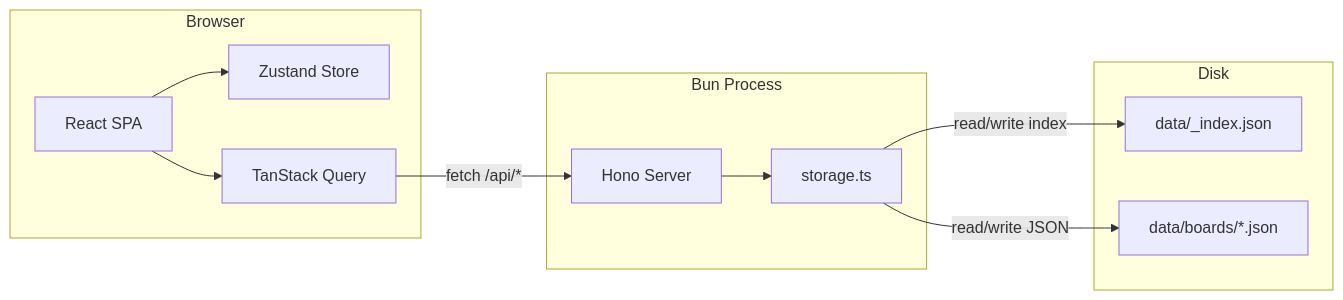
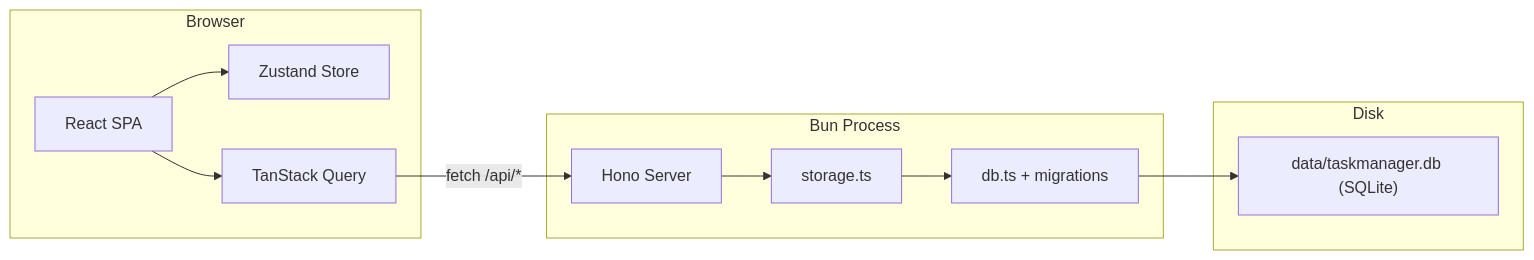
One commit to hiro-league/hirotaskmanager changed the diagram in docs/arch_design_guidelines.md. Above: the diagram before and after it, drawn with Mermaid. The commit also changed other lines of this file and 39 other files, not shown here.

Commit message:
moved to sqlite completely, no more json

````diff
--- a/docs/arch_design_guidelines.md
+++ b/docs/arch_design_guidelines.md
@@ -59,25 +59,25 @@
 ```mermaid
 graph LR
   subgraph browser [Browser]
     SPA["React SPA"]
     Zustand["Zustand Store"]
     TQ["TanStack Query"]
     SPA --> Zustand
     SPA --> TQ
   end
 
   subgraph server [Bun Process]
     Hono["Hono Server"]
     Storage["storage.ts"]
+    DBLayer["db.ts + migrations"]
     Hono --> Storage
+    Storage --> DBLayer
   end
 
   subgraph disk [Disk]
-    Index["data/_index.json"]
-    Boards["data/boards/*.json"]
+    DB["data/taskmanager.db (SQLite)"]
   end
 
   TQ -->|"fetch /api/*"| Hono
-  Storage -->|"read/write JSON"| Boards
-  Storage -->|"read/write index"| Index
+  DBLayer --> DB
 ```
````
